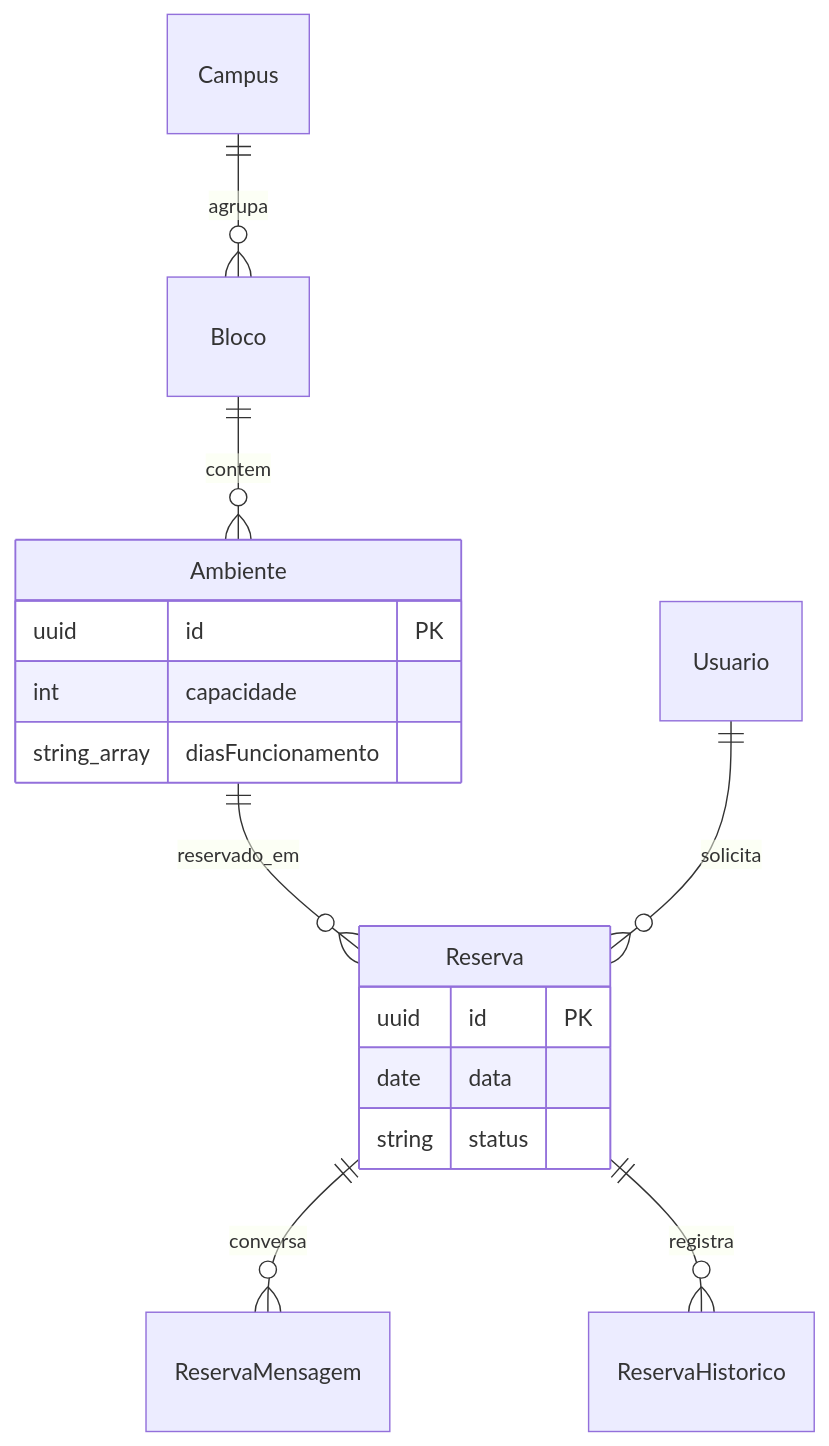
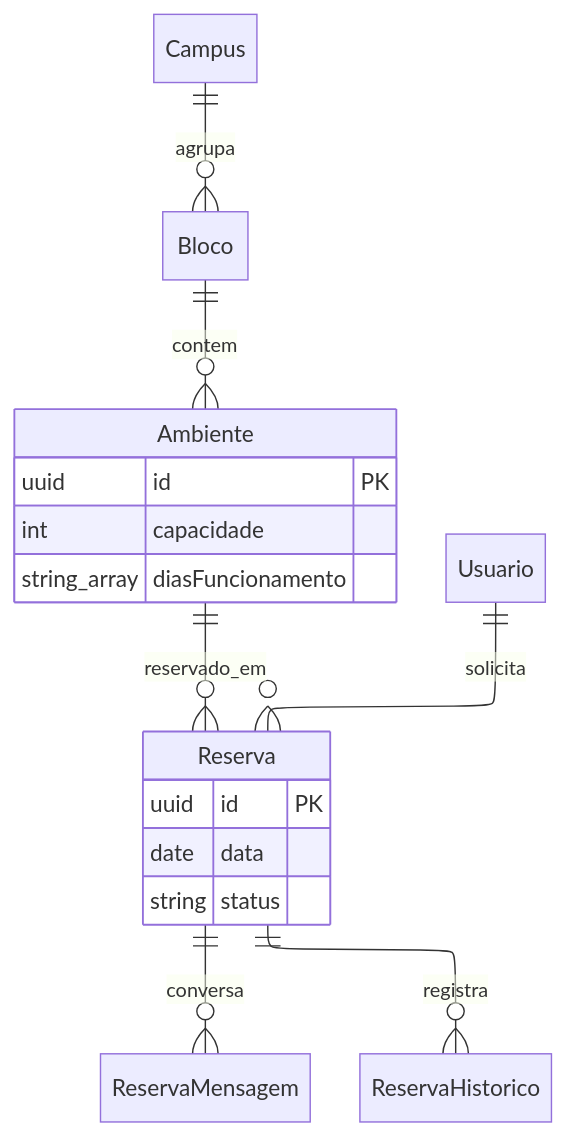
One commit to bebberjoao/RoosterOneBackend changed the diagram in docs/diagramas/src/erd-rooms.mmd. Above: the diagram before and after it, drawn with Mermaid. The commit also changed 129 other files, not shown here.

First line of the commit message:
docs: diagramas revistos para legibilidade e conferidos com o código

```diff
--- a/docs/diagramas/src/erd-rooms.mmd
+++ b/docs/diagramas/src/erd-rooms.mmd
@@ -1,18 +1,19 @@
+%%{init: {"layout":"elk","er":{"entityPadding":8,"minEntityWidth":60,"diagramPadding":8}}}%%
 erDiagram
   Campus ||--o{ Bloco : agrupa
   Bloco ||--o{ Ambiente : contem
   Ambiente ||--o{ Reserva : reservado_em
   Usuario ||--o{ Reserva : solicita
   Reserva ||--o{ ReservaMensagem : conversa
   Reserva ||--o{ ReservaHistorico : registra
 
   Ambiente {
     uuid id PK
     int capacidade
     string_array diasFuncionamento
   }
   Reserva {
     uuid id PK
     date data
     string status
   }
```
